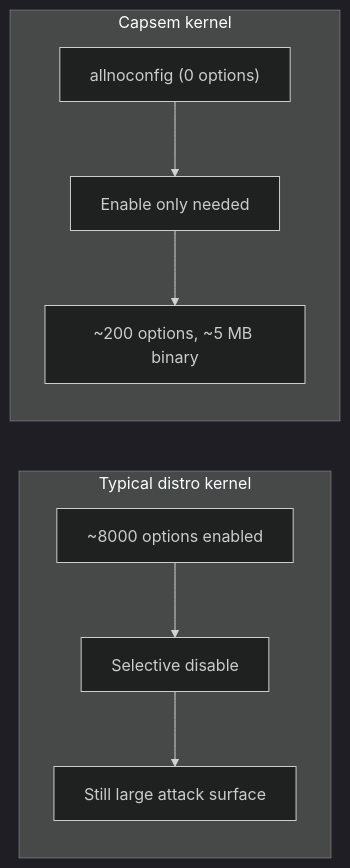
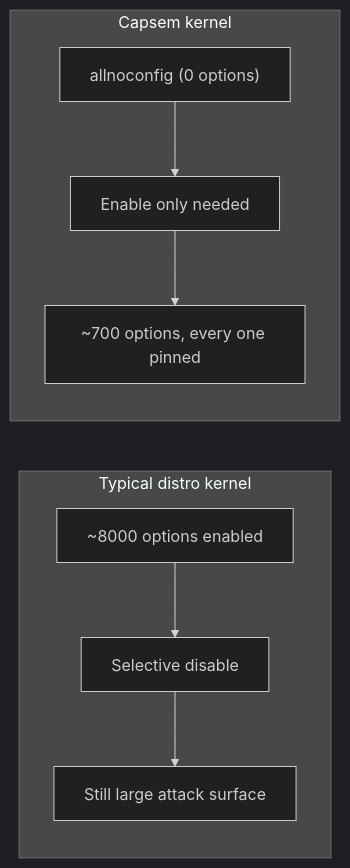
Before and after one commit to google/capsem: the second of 2 diagrams in web/docs/src/content/docs/security/kernel-hardening.md, drawn with Mermaid (dark theme). The commit also changed other lines of this file and 5 other files, not shown here.

````diff
--- a/web/docs/src/content/docs/security/kernel-hardening.md
+++ b/web/docs/src/content/docs/security/kernel-hardening.md
@@ -158,11 +172,11 @@
 ```mermaid
 graph LR
     subgraph "Typical distro kernel"
         D1["~8000 options enabled"] --> D2["Selective disable"]
         D2 --> D3["Still large attack surface"]
     end
     subgraph "Capsem kernel"
         C1["allnoconfig (0 options)"] --> C2["Enable only needed"]
-        C2 --> C3["~200 options, ~5 MB binary"]
+        C2 --> C3["~700 options, every one pinned"]
     end
 ```
````
